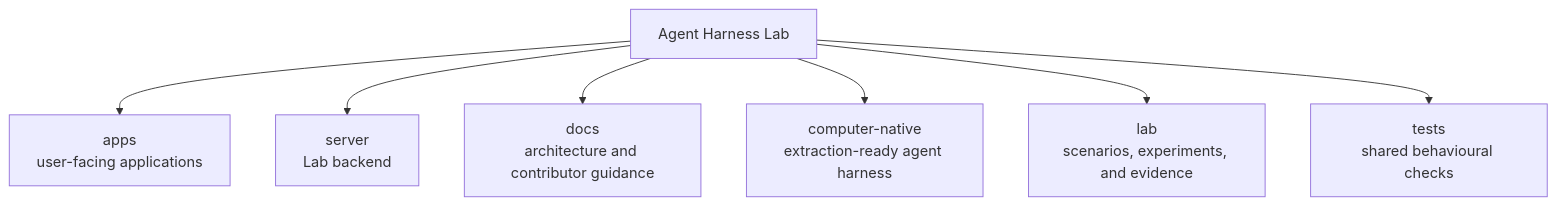
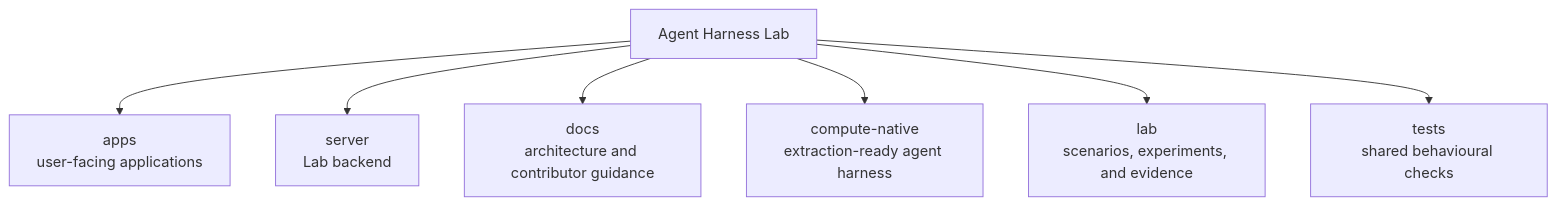
Before and after one commit to iamenochchirima/agents-lab: the diagram in docs/architecture/repository-map.md, drawn with Mermaid. The commit also changed other lines of this file and 249 other files, not shown here.

Commit message:
refactor: rename computer-native harness to Anesu

````diff
--- a/docs/architecture/repository-map.md
+++ b/docs/architecture/repository-map.md
@@ -7,10 +7,10 @@
 ```mermaid
 flowchart TD
   Root[Agent Harness Lab]
   Root --> Apps[apps\nuser-facing applications]
   Root --> Server[server\nLab backend]
   Root --> Docs[docs\narchitecture and contributor guidance]
-  Root --> ComputerNative[computer-native\nextraction-ready agent harness]
+  Root --> Anesu[compute-native\nextraction-ready agent harness]
   Root --> Lab[lab\nscenarios, experiments, and evidence]
   Root --> Tests[tests\nshared behavioural checks]
 ```
````
